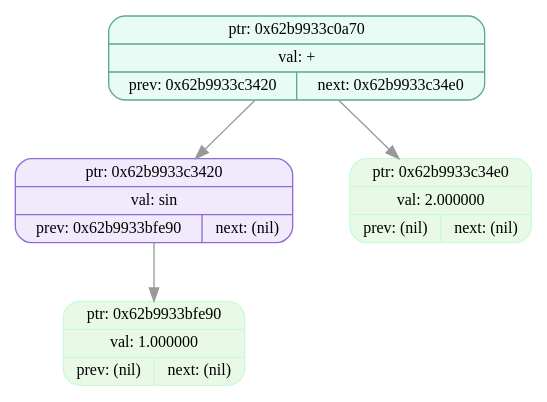
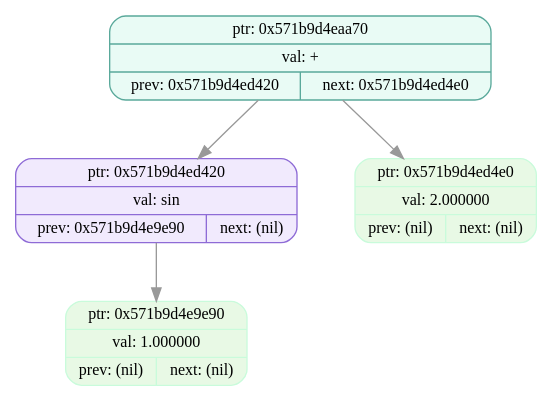
One commit to EvilTomato9890/Difference changed the diagram in dumps/tree_dump_007.dot. Above: the diagram before and after it, drawn with Graphviz. The commit also changed 37 other files, not shown here.

```diff
--- a/dumps/tree_dump_007.dot
+++ b/dumps/tree_dump_007.dot
@@ -1,11 +1,11 @@
 digraph T{
   node [fontname="Fira Mono",shape=record,style="filled,rounded",fontsize=12];
   graph [splines=true, nodesep=0.6, ranksep=0.6];
-  node_0x62b9933c0a70[shape=record,label="{ {ptr: 0x62b9933c0a70} | {val: +} | { prev: 0x62b9933c3420 | next: 0x62b9933c34e0 } }",color="#5aa99b",fillcolor="#e9fbf5"];
-  node_0x62b9933c3420[shape=record,label="{ {ptr: 0x62b9933c3420} | {val: sin} | { prev: 0x62b9933bfe90 | next: (nil) } }",color="#8e6bd6",fillcolor="#f1eafd"];
-  node_0x62b9933bfe90[shape=record,label="{ {ptr: 0x62b9933bfe90} | {val: 1.000000} | { prev: (nil) | next: (nil) } }",color="#c9fbdbff",fillcolor="#e8f9e5ff"];
-  node_0x62b9933c34e0[shape=record,label="{ {ptr: 0x62b9933c34e0} | {val: 2.000000} | { prev: (nil) | next: (nil) } }",color="#c9fbdbff",fillcolor="#e8f9e5ff"];
-  node_0x62b9933c0a70 -> node_0x62b9933c3420 [color="#999999"];
-  node_0x62b9933c0a70 -> node_0x62b9933c34e0 [color="#999999"];
-  node_0x62b9933c3420 -> node_0x62b9933bfe90 [color="#999999"];
+  node_0x571b9d4eaa70[shape=record,label="{ {ptr: 0x571b9d4eaa70} | {val: +} | { prev: 0x571b9d4ed420 | next: 0x571b9d4ed4e0 } }",color="#5aa99b",fillcolor="#e9fbf5"];
+  node_0x571b9d4ed420[shape=record,label="{ {ptr: 0x571b9d4ed420} | {val: sin} | { prev: 0x571b9d4e9e90 | next: (nil) } }",color="#8e6bd6",fillcolor="#f1eafd"];
+  node_0x571b9d4e9e90[shape=record,label="{ {ptr: 0x571b9d4e9e90} | {val: 1.000000} | { prev: (nil) | next: (nil) } }",color="#c9fbdbff",fillcolor="#e8f9e5ff"];
+  node_0x571b9d4ed4e0[shape=record,label="{ {ptr: 0x571b9d4ed4e0} | {val: 2.000000} | { prev: (nil) | next: (nil) } }",color="#c9fbdbff",fillcolor="#e8f9e5ff"];
+  node_0x571b9d4eaa70 -> node_0x571b9d4ed420 [color="#999999"];
+  node_0x571b9d4eaa70 -> node_0x571b9d4ed4e0 [color="#999999"];
+  node_0x571b9d4ed420 -> node_0x571b9d4e9e90 [color="#999999"];
 }
```
